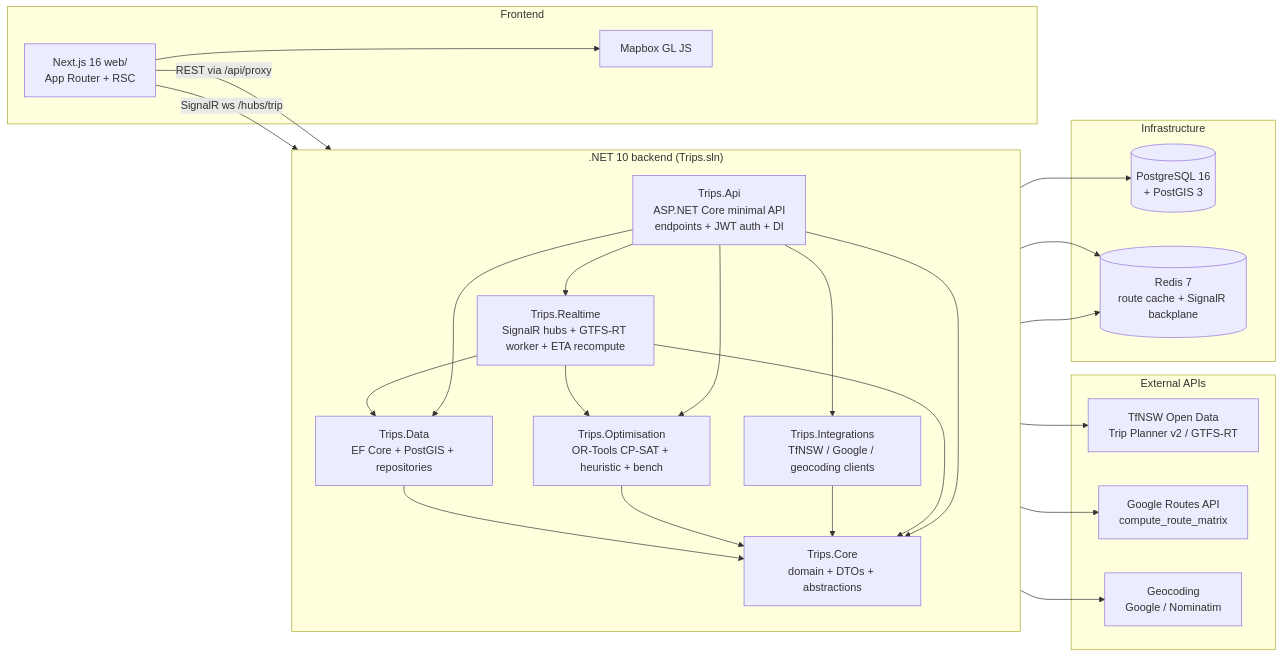
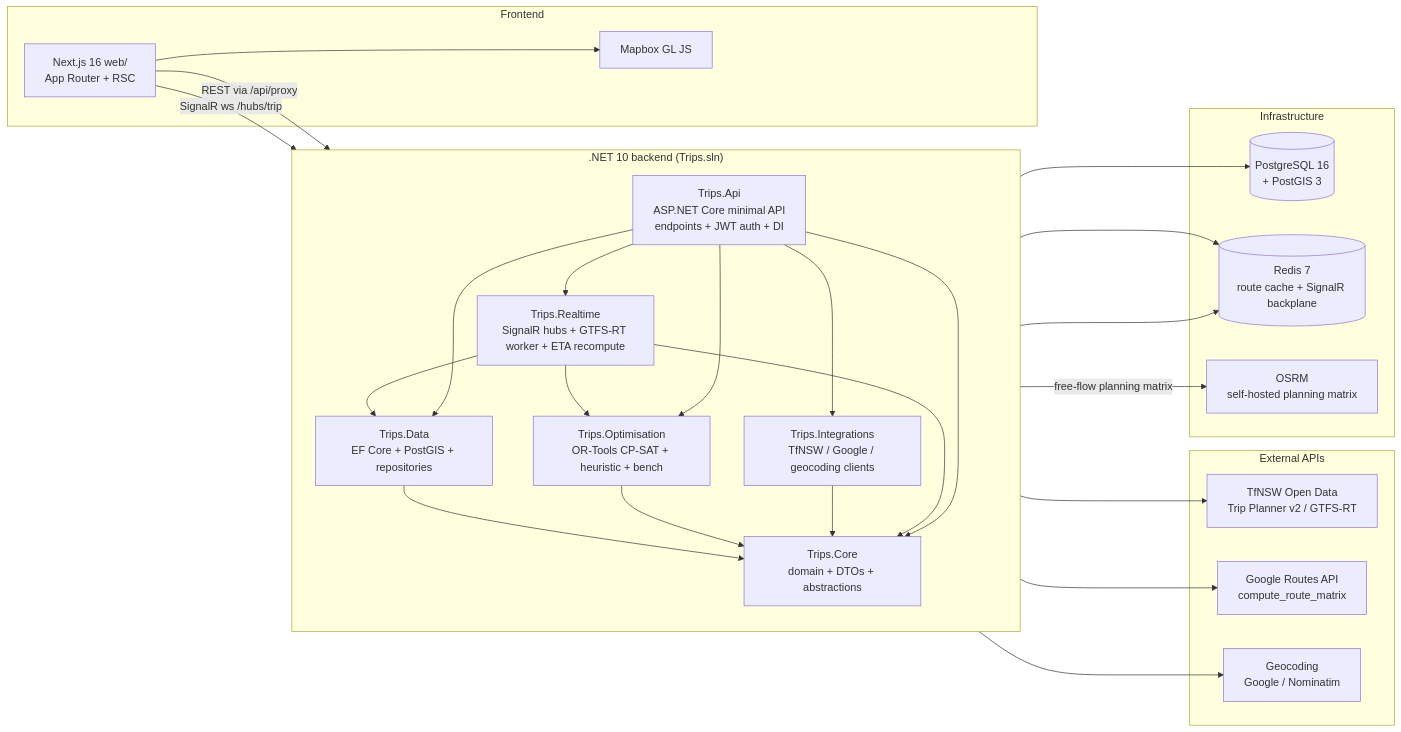
Before and after one commit to cosykid/SydneyTrips: the first of 2 diagrams in docs/architecture.md, drawn with Mermaid. The commit also changed other lines of this file and 23 other files, not shown here.

First line of the commit message:
Take the planning travel matrix off Google's per-element billing

````diff
--- a/docs/architecture.md
+++ b/docs/architecture.md
@@ -11,52 +11,54 @@
 ```mermaid
 flowchart LR
   subgraph external[External APIs]
     tfnsw[TfNSW Open Data\nTrip Planner v2 / GTFS-RT]
     google[Google Routes API\ncompute_route_matrix]
     geocoder[Geocoding\nGoogle / Nominatim]
   end
 
   subgraph backend[".NET 10 backend (Trips.sln)"]
     direction TB
     core[Trips.Core\ndomain + DTOs + abstractions]
     data[Trips.Data\nEF Core + PostGIS + repositories]
     opt[Trips.Optimisation\nOR-Tools CP-SAT + heuristic + bench]
     integ[Trips.Integrations\nTfNSW / Google / geocoding clients]
     rt[Trips.Realtime\nSignalR hubs + GTFS-RT worker + ETA recompute]
     api[Trips.Api\nASP.NET Core minimal API\nendpoints + JWT auth + DI]
 
     data --> core
     opt --> core
     integ --> core
     rt --> core
     rt --> data
     rt --> opt
     api --> core
     api --> data
     api --> opt
     api --> integ
     api --> rt
   end
 
   subgraph infra[Infrastructure]
     pg[(PostgreSQL 16\n+ PostGIS 3)]
     redis[(Redis 7\nroute cache + SignalR backplane)]
+    osrm[OSRM\nself-hosted planning matrix]
   end
 
   subgraph frontend[Frontend]
     next[Next.js 16 web/\nApp Router + RSC]
     map[Mapbox GL JS]
   end
 
   integ --> tfnsw
   integ --> google
   integ --> geocoder
+  integ -- "free-flow planning matrix" --> osrm
 
   api --> pg
   api --> redis
   rt --> redis
 
   next -- "REST via /api/proxy" --> api
   next -- "SignalR ws /hubs/trip" --> rt
   next --> map
 ```
````
